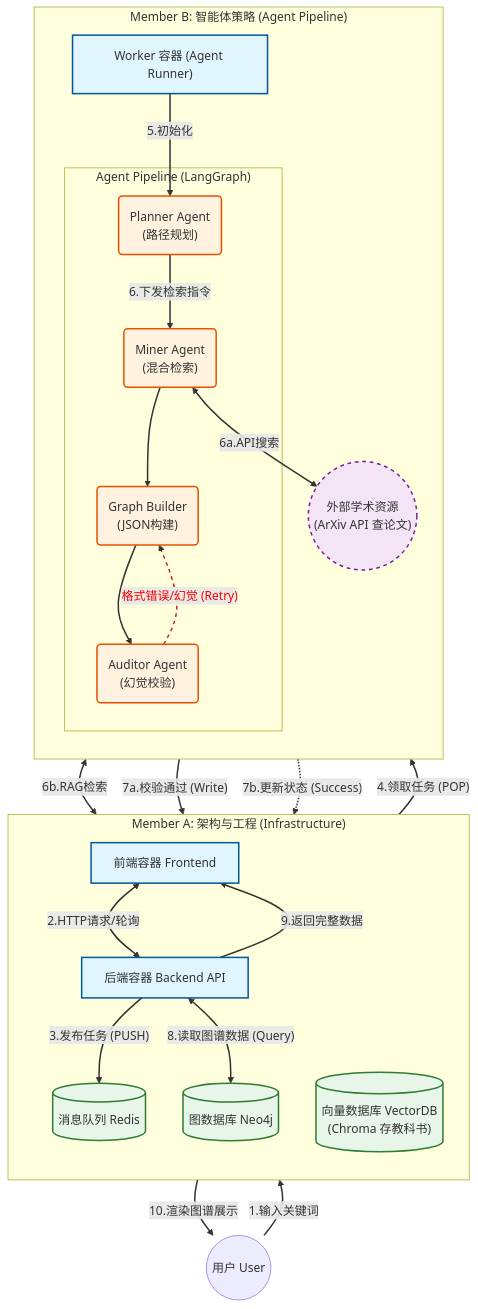
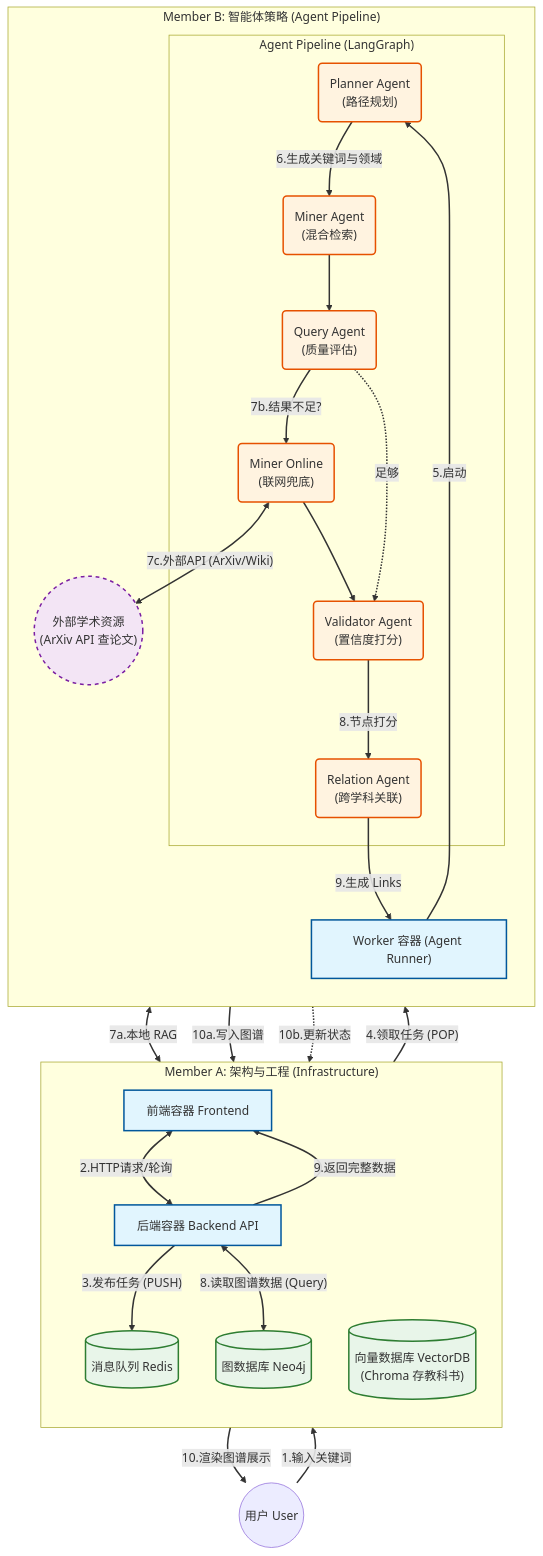
Before and after one commit to OpenEduTech/CloudComputer2025: the diagram in README.md, drawn with Mermaid. The commit also changed other lines of this file, not shown here.

Commit message:
update: 更新README.md中关于agent的说明

````diff
--- a/README.md
+++ b/README.md
@@ -25,67 +25,71 @@
 ```mermaid
 graph TD
     %% --- 样式定义 (保持不变) ---
     classDef eng fill:#e1f5fe,stroke:#01579b,stroke-width:2px
     classDef ai fill:#fff3e0,stroke:#e65100,stroke-width:2px
     classDef db fill:#e8f5e9,stroke:#2e7d32,stroke-width:2px
     classDef ext fill:#f3e5f5,stroke:#7b1fa2,stroke-width:2px,stroke-dasharray: 5 5
     classDef err fill:none,stroke:#c62828,stroke-width:2px,stroke-dasharray: 5 5,color:#c62828
 
     %% --- 外部交互 ---
     User(("用户 User")) -->|"1.输入关键词"| FE
     FE -->|"10.渲染图谱展示"| User
 
     %% --- Member A: 架构与工程 (Infrastructure) ---
     subgraph GroupA ["Member A: 架构与工程 (Infrastructure)"]
         direction TB
         FE["前端容器 Frontend"]:::eng
         API["后端容器 Backend API"]:::eng
         Redis[("消息队列 Redis")]:::db
         Neo4j[("图数据库 Neo4j")]:::db
         VectorDB[("向量数据库 VectorDB<br/>(Chroma 存教科书)")]:::db
         
         FE <-->|"2.HTTP请求/轮询"| API
         API -->|"3.发布任务 (PUSH)"| Redis
         
         API <-->|"8.读取图谱数据 (Query)"| Neo4j
         API -->|"9.返回完整数据"| FE
     end
 
     %% --- 外部学术资源 ---
     Arxiv(("外部学术资源<br/>(ArXiv API 查论文)")):::ext
 
     %% --- Member B: 智能体策略 (Agent Strategy) ---
     subgraph GroupB ["Member B: 智能体策略 (Agent Pipeline)"]
         direction TB
         Worker["Worker 容器 (Agent Runner)"]:::eng
         
         subgraph Pipeline ["Agent Pipeline (LangGraph)"]
             Planner("Planner Agent<br/>(路径规划)"):::ai
             Miner("Miner Agent<br/>(混合检索)"):::ai
-            Builder("Graph Builder<br/>(JSON构建)"):::ai
-            Auditor("Auditor Agent<br/>(幻觉校验)"):::ai
+            Query("Query Agent<br/>(质量评估)"):::ai
+            MinerOnline("Miner Online<br/>(联网兜底)"):::ai
+            Validator("Validator Agent<br/>(置信度打分)"):::ai
+            Relation("Relation Agent<br/>(跨学科关联)"):::ai
         end
         
         Redis -->|"4.领取任务 (POP)"| Worker
-        Worker -->|"5.初始化"| Planner
-        Planner -->|"6.下发检索指令"| Miner
+        Worker -->|"5.启动"| Planner
+        Planner -->|"6.生成关键词与领域"| Miner
         
         %% --- 核心检索逻辑变更 ---
-        Miner <-->|"6a.API搜索"| Arxiv
-        Miner <-->|"6b.RAG检索"| VectorDB
+        Miner <-->|"7a.本地 RAG"| VectorDB
+        Miner --> Query
         
-        Miner --> Builder
-        Builder --> Auditor
+        Query -->|"7b.结果不足?"| MinerOnline
+        Query -.->|"足够"| Validator
         
-        %% --- 核心容错循环 (红线) ---
-        Auditor -.->|"格式错误/幻觉 (Retry)"| Builder
-        linkStyle 13 stroke:#c62828,stroke-width:2px,color:red,stroke-dasharray: 5 5;
+        MinerOnline <-->|"7c.外部API (ArXiv/Wiki)"| Arxiv
+        MinerOnline --> Validator
         
-        %% --- 成功落地 ---
-        Auditor -->|"7a.校验通过 (Write)"| Neo4j
-        Auditor -.->|"7b.更新状态 (Success)"| Redis
+        Validator -->|"8.节点打分"| Relation
+        
+        %% --- 关系构建与落地 ---
+        Relation -->|"9.生成 Links"| Worker
+        Worker -->|"10a.写入图谱"| Neo4j
+        Worker -.->|"10b.更新状态"| Redis
     end
 
     %% --- 全局连线样式 ---
     linkStyle default stroke:#333,stroke-width:2px;
 ```
````
